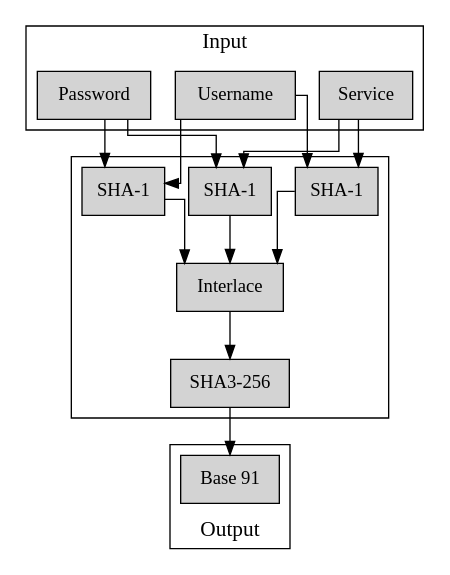
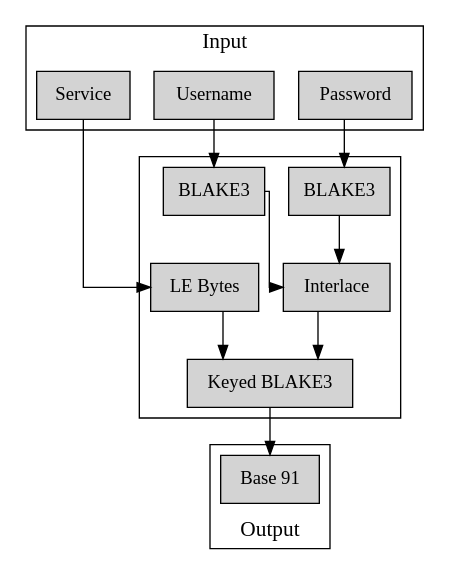
The diagram in diagram.dot (mbednarek360/passplexer), drawn with Graphviz before and after one commit. The commit also changed 4 other files, not shown here.

```diff
--- a/diagram.dot
+++ b/diagram.dot
@@ -1,56 +1,59 @@
 digraph d {
 
     // settings
     graph [fontsize=16 compound=true, splines=ortho];
     node [shape=rect fontsize=14, style=filled];
 
     // inputs
     subgraph cluster_input {
 
         // label
         label = "Input";
 
         // input nodes
         s [label = "Service"];
         u [label = "Username"];
         p [label = "Password"];
 
 
     }
 
     // hashes
     subgraph cluster_hash {
 
         // hash nodes
-        sh [label = "SHA-1"];
-        uh [label = "SHA-1"];
-        ph [label = "SHA-1"];
+        uh [label = "BLAKE3"];
+        ph [label = "BLAKE3"];
 
         // hash inputs
-        s -> {sh, uh}
-        u -> {uh, ph}
-        p -> {ph, sh}
+        // s -> {sh, uh}
+        u -> {uh}
+        p -> {ph}
 
         // interlace
         i [label = "Interlace"];
-        sh -> i
         uh -> i
         ph -> i
 
+        // salt gen
+        sg [label = "LE Bytes"];
+        s -> sg;
+
         // final hash
-        fh [label = "SHA3-256"];
+        fh [label = "Keyed BLAKE3"];
         i -> fh
+        sg -> fh;
     }
 
     // output
     subgraph cluster_output {
 
         // label
         label = "Output"
         labelloc="b"
 
         // encoding
         out [label = "Base 91"];
         fh -> out;
     }
 }
```
